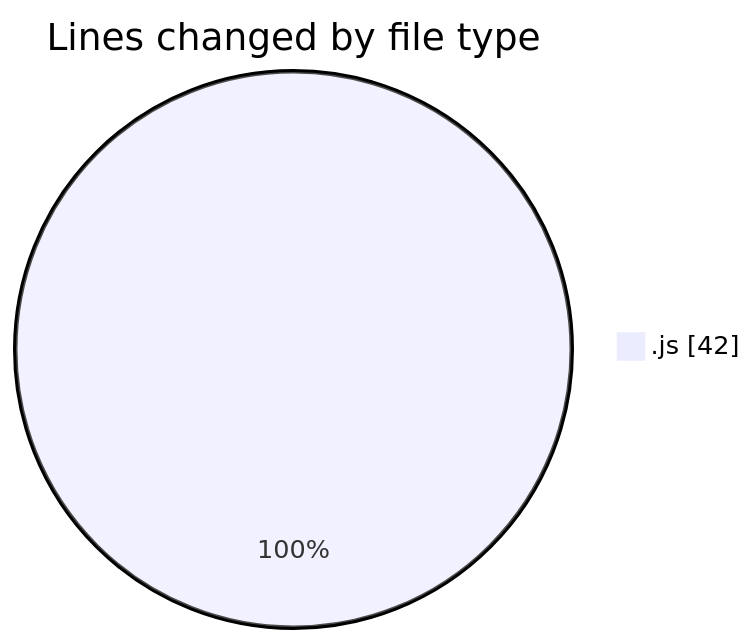
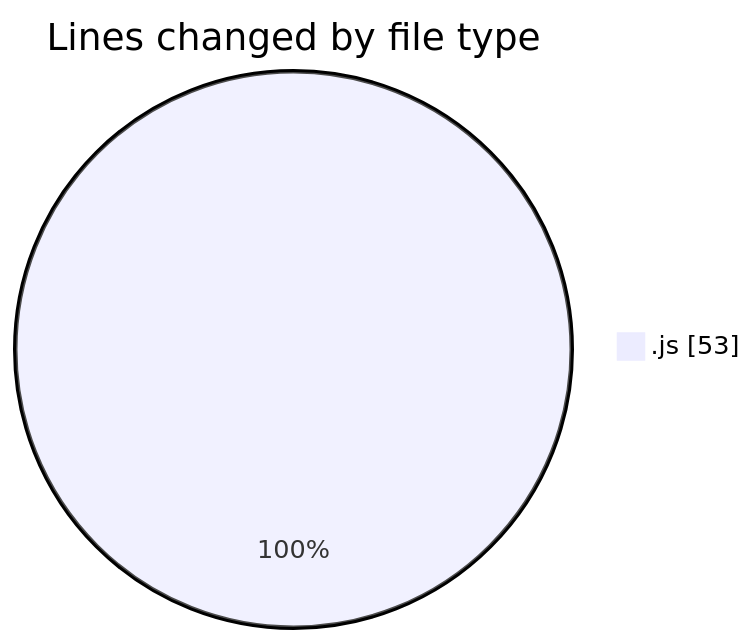
Before and after one commit to BS-eng2023/code-tracking: the first of 2 diagrams in 2025-03-31/jsvms/README.md, drawn with Mermaid. The commit also changed other lines of this file and 1 other file, not shown here.

````diff
--- a/2025-03-31/jsvms/README.md
+++ b/2025-03-31/jsvms/README.md
@@ -20,5 +20,5 @@
 ```mermaid
 pie showData
 title Lines changed by file type
-".js" : 42
+".js" : 53
 ```
````
